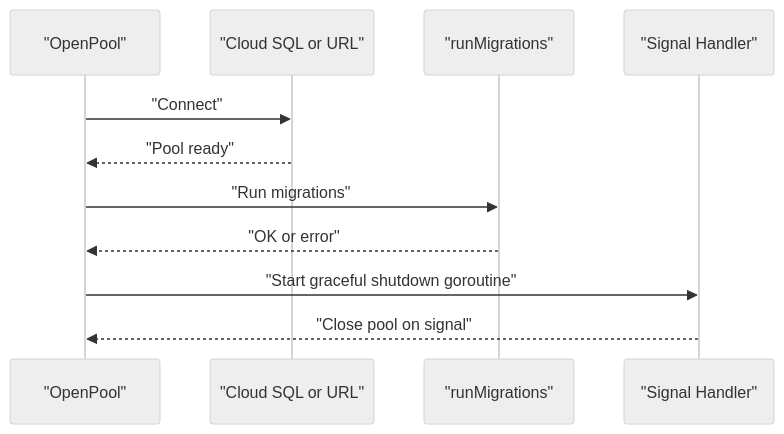
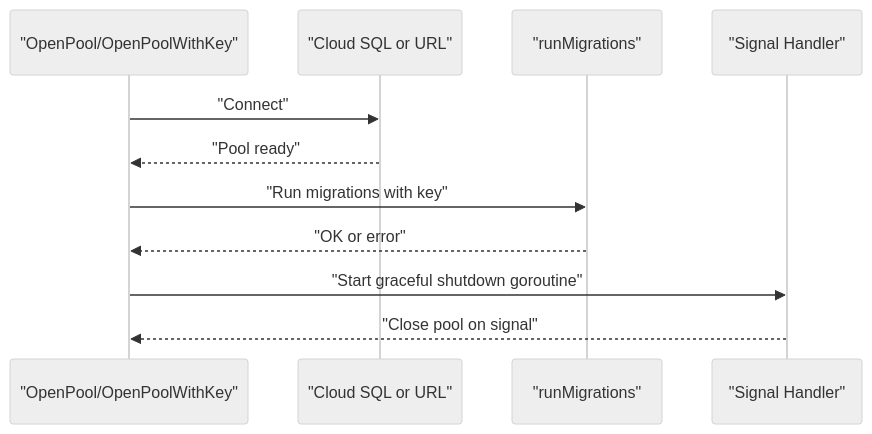
The seventh of 8 diagrams in .qoder/repowiki/en/content/PostgreSQL Utilities Module/Migration Management.md (visdomtech/orcacommon), drawn with Mermaid (neutral theme) before and after one commit. The commit also changed other lines of this file and 3 other files, not shown here.

````diff
--- a/.qoder/repowiki/en/content/PostgreSQL Utilities Module/Migration Management.md
+++ b/.qoder/repowiki/en/content/PostgreSQL Utilities Module/Migration Management.md
@@ -208,13 +254,13 @@
 ```mermaid
 sequenceDiagram
-participant Init as "OpenPool"
+participant Init as "OpenPool/OpenPoolWithKey"
 participant Dial as "Cloud SQL or URL"
 participant Mig as "runMigrations"
 participant Sig as "Signal Handler"
 Init->>Dial : "Connect"
 Dial-->>Init : "Pool ready"
-Init->>Mig : "Run migrations"
+Init->>Mig : "Run migrations with key"
 Mig-->>Init : "OK or error"
 Init->>Sig : "Start graceful shutdown goroutine"
 Sig-->>Init : "Close pool on signal"
 ```
````
